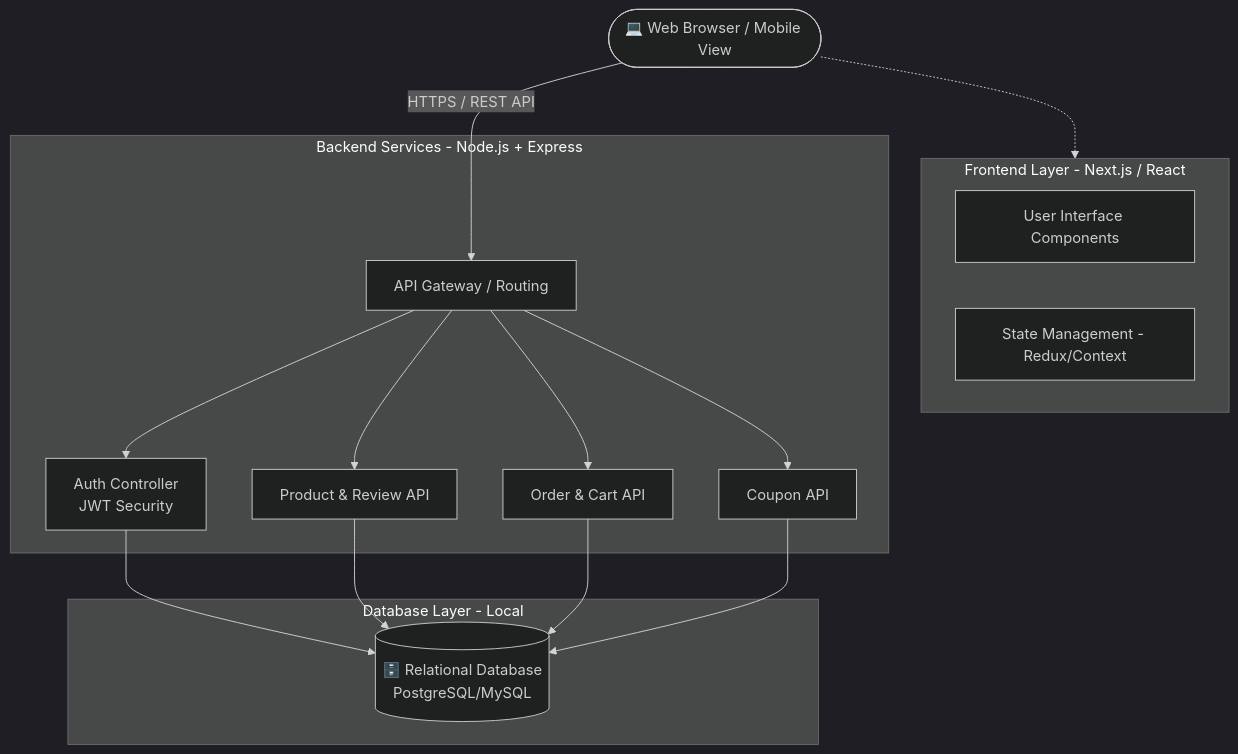
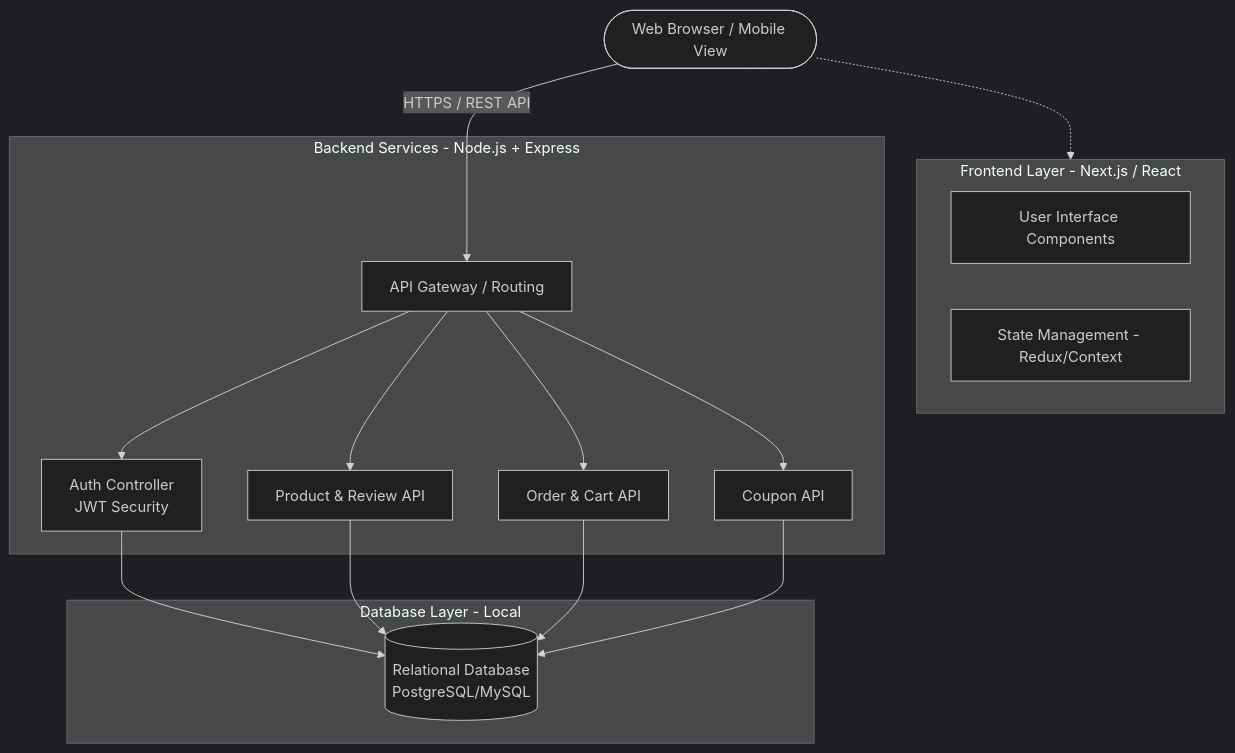
Before and after one commit to Nattamon123/e-commerce: the first of 3 diagrams in README.md, drawn with Mermaid (dark theme). The commit also changed other lines of this file and 1 other file, not shown here.

Commit message:
docs: remove emoji icons from architecture diagram and README for cleaner formatting

````diff
--- a/README.md
+++ b/README.md
@@ -57,26 +57,26 @@
 ```mermaid
 graph TD
-    Client([💻 Web Browser / Mobile View]) -->|HTTPS / REST API| Gateway[API Gateway / Routing]
+    Client([Web Browser / Mobile View]) -->|HTTPS / REST API| Gateway[API Gateway / Routing]
 
     subgraph Frontend [Frontend Layer - Next.js / React]
         UI[User Interface Components]
         State[State Management - Redux/Context]
     end
     Client -.-> Frontend
 
     subgraph Backend [Backend Services - Node.js + Express]
         Gateway --> Auth[Auth Controller<br/>JWT Security]
         Gateway --> Product[Product & Review API]
         Gateway --> Order[Order & Cart API]
         Gateway --> Promo[Coupon API]
     end
 
     subgraph Database [Database Layer - Local]
-        DB[(🗄️ Relational Database<br/>PostgreSQL/MySQL)]
+        DB[(Relational Database<br/>PostgreSQL/MySQL)]
     end
 
     Auth --> DB
     Product --> DB
     Order --> DB
     Promo --> DB
 ```
````
